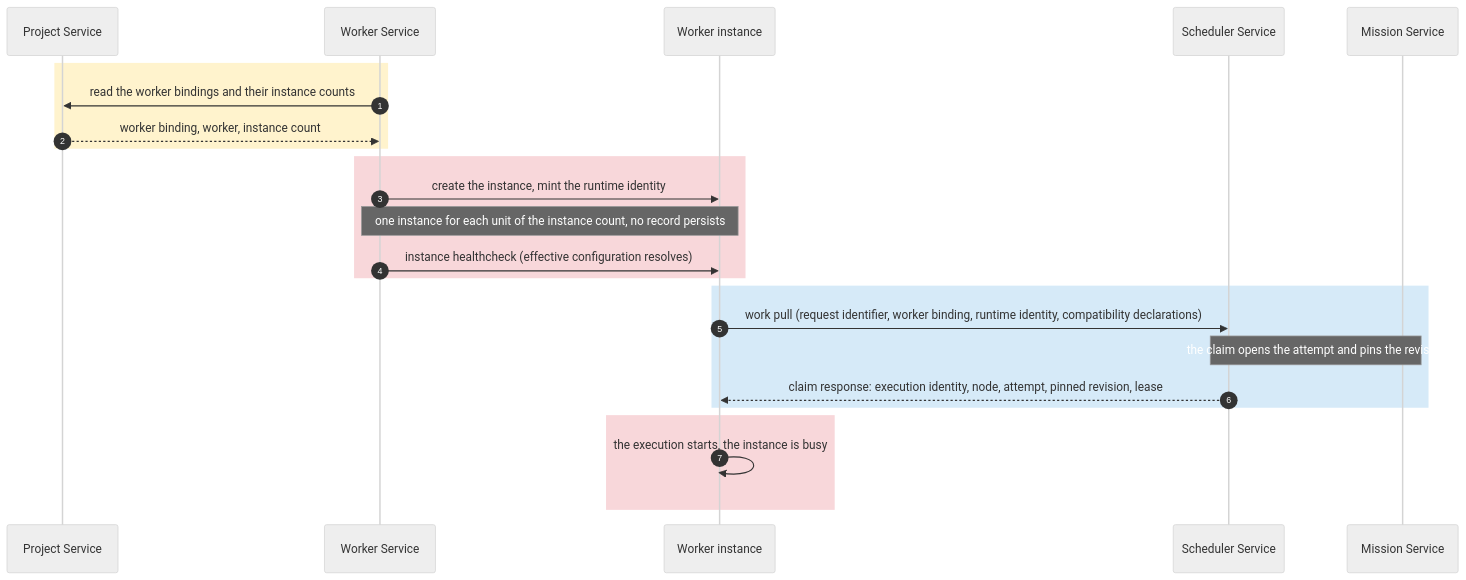
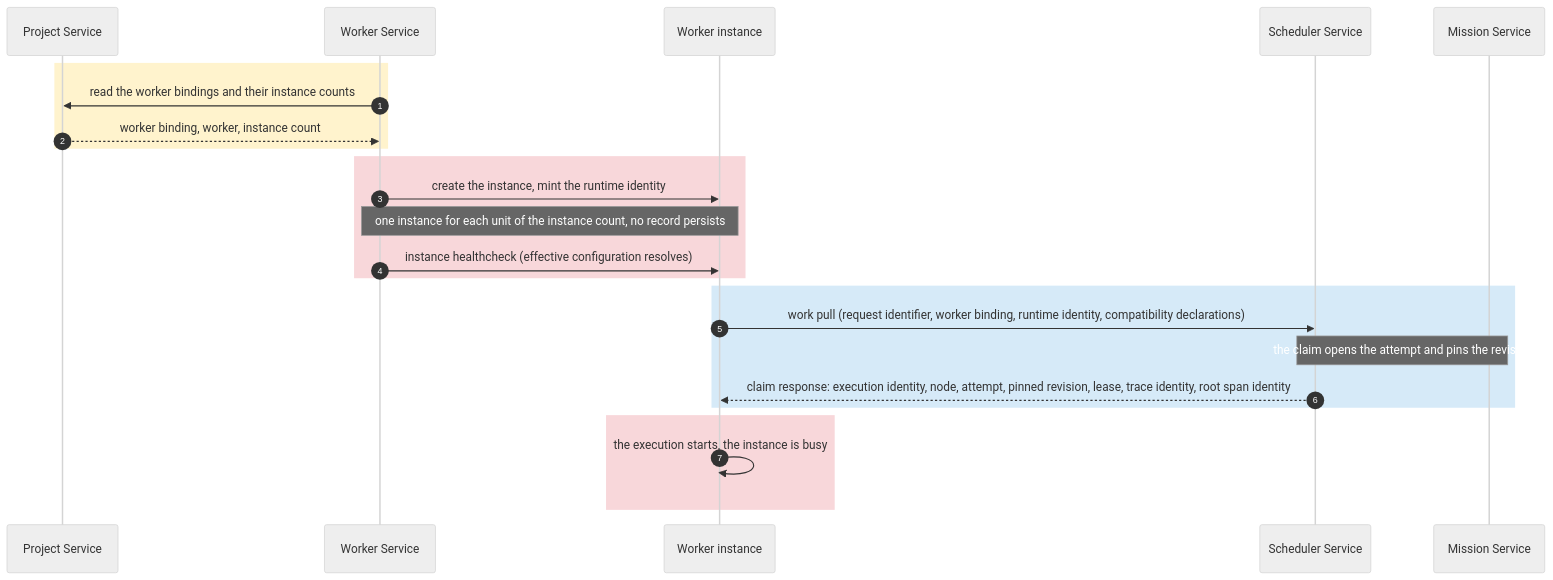
The first of 8 diagrams in docs/worker-service.md (kanthorlabs/kanthord), drawn with Mermaid (neutral theme) before and after one commit. The commit also changed other lines of this file and 6 other files, not shown here.

````diff
--- a/docs/worker-service.md
+++ b/docs/worker-service.md
@@ -169,27 +169,27 @@
 ```mermaid
 sequenceDiagram
     autonumber
     participant P as Project Service
     participant W as Worker Service
     participant I as Worker instance
     participant S as Scheduler Service
     participant M as Mission Service
 
     rect rgb(255, 243, 205)
         W->>P: read the worker bindings and their instance counts
         P-->>W: worker binding, worker, instance count
     end
     rect rgb(248, 215, 218)
         W->>I: create the instance, mint the runtime identity
         Note over W,I: one instance for each unit of the instance count, no record persists
         W->>I: instance healthcheck (effective configuration resolves)
     end
     rect rgb(214, 234, 248)
         I->>S: work pull (request identifier, worker binding, runtime identity, compatibility declarations)
         Note over S,M: the claim opens the attempt and pins the revision
-        S-->>I: claim response: execution identity, node, attempt, pinned revision, lease
+        S-->>I: claim response: execution identity, node, attempt, pinned revision, lease, trace identity, root span identity
     end
     rect rgb(248, 215, 218)
         I->>I: the execution starts, the instance is busy
     end
 ```
````
